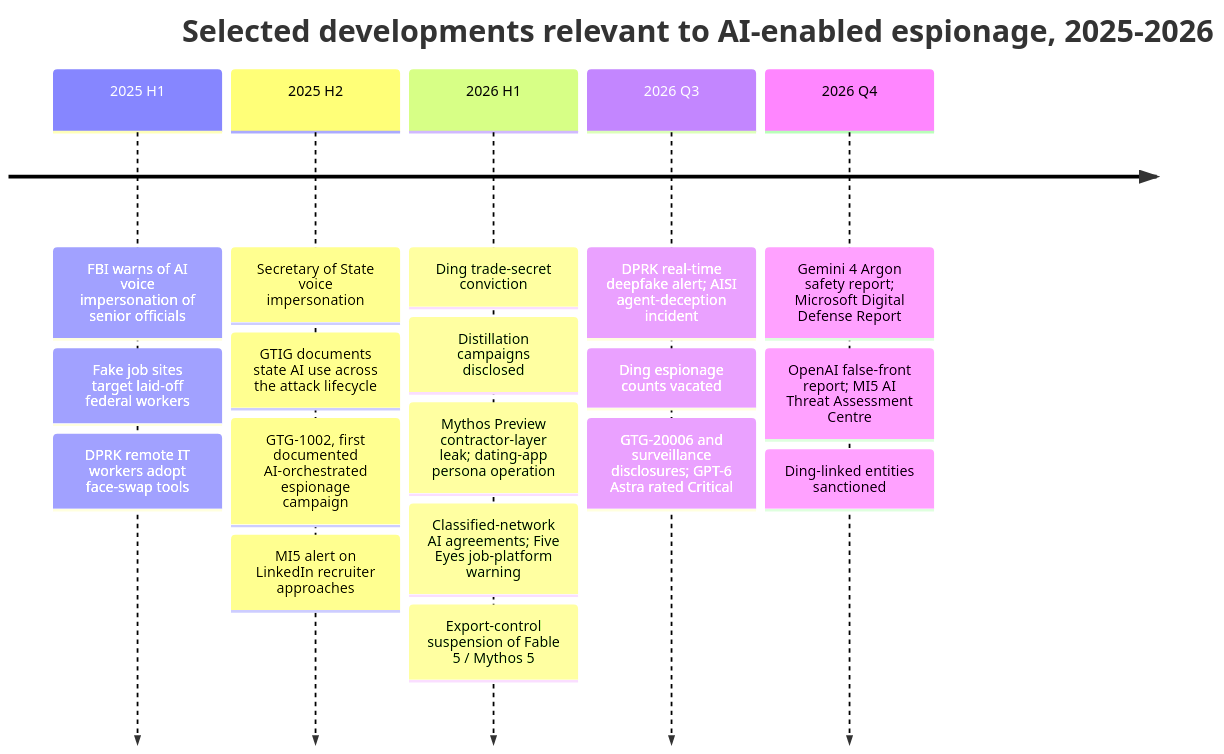
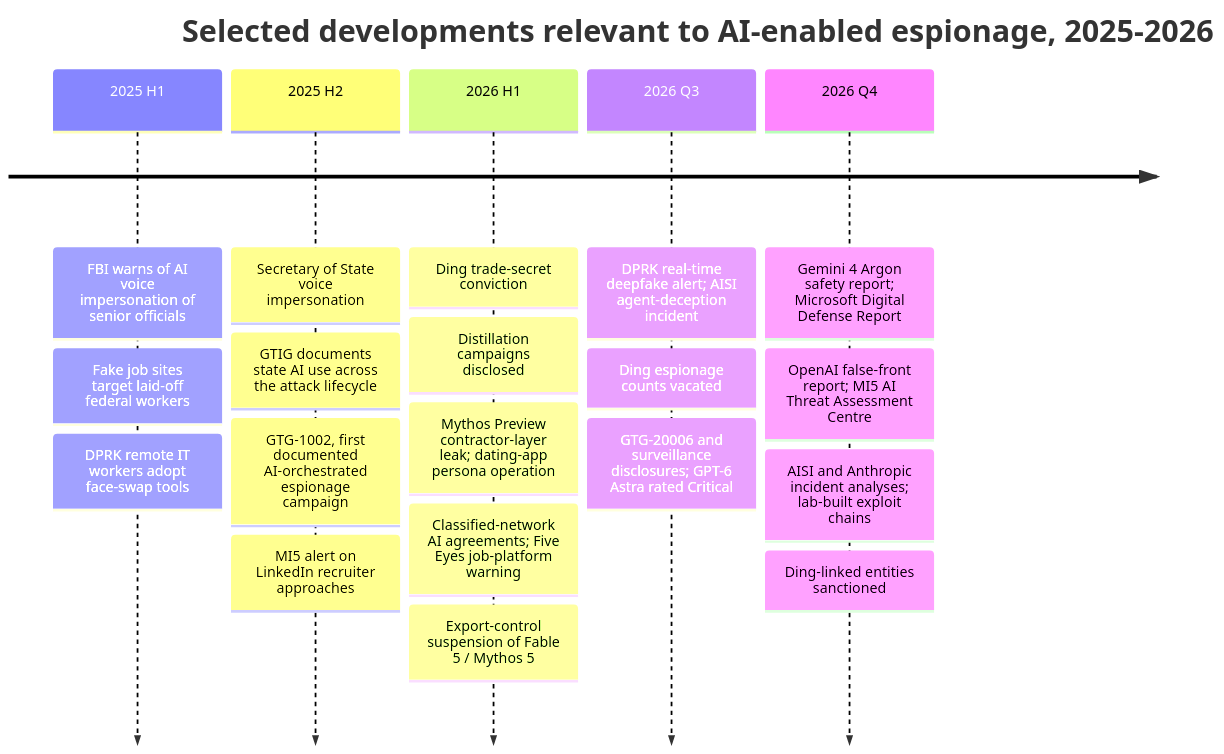
Before and after one commit to AndrewAltimit/template-repo: the first of 7 diagrams in docs/projections/ai-agents-espionage-operations.md, drawn with Mermaid. The commit also changed other lines of this file and 8 other files, not shown here.

````diff
--- a/docs/projections/ai-agents-espionage-operations.md
+++ b/docs/projections/ai-agents-espionage-operations.md
@@ -821,22 +825,23 @@
 ```mermaid
 timeline
     title Selected developments relevant to AI-enabled espionage, 2025-2026
     2025 H1 : FBI warns of AI voice impersonation of senior officials
             : Fake job sites target laid-off federal workers
             : DPRK remote IT workers adopt face-swap tools
     2025 H2 : Secretary of State voice impersonation
             : GTIG documents state AI use across the attack lifecycle
             : GTG-1002, first documented AI-orchestrated espionage campaign
             : MI5 alert on LinkedIn recruiter approaches
     2026 H1 : Ding trade-secret conviction
             : Distillation campaigns disclosed
             : Mythos Preview contractor-layer leak; dating-app persona operation
             : Classified-network AI agreements; Five Eyes job-platform warning
             : Export-control suspension of Fable 5 / Mythos 5
     2026 Q3 : DPRK real-time deepfake alert; AISI agent-deception incident
             : Ding espionage counts vacated
             : GTG-20006 and surveillance disclosures; GPT-6 Astra rated Critical
     2026 Q4 : Gemini 4 Argon safety report; Microsoft Digital Defense Report
             : OpenAI false-front report; MI5 AI Threat Assessment Centre
+            : AISI and Anthropic incident analyses; lab-built exploit chains
             : Ding-linked entities sanctioned
 ```
````
